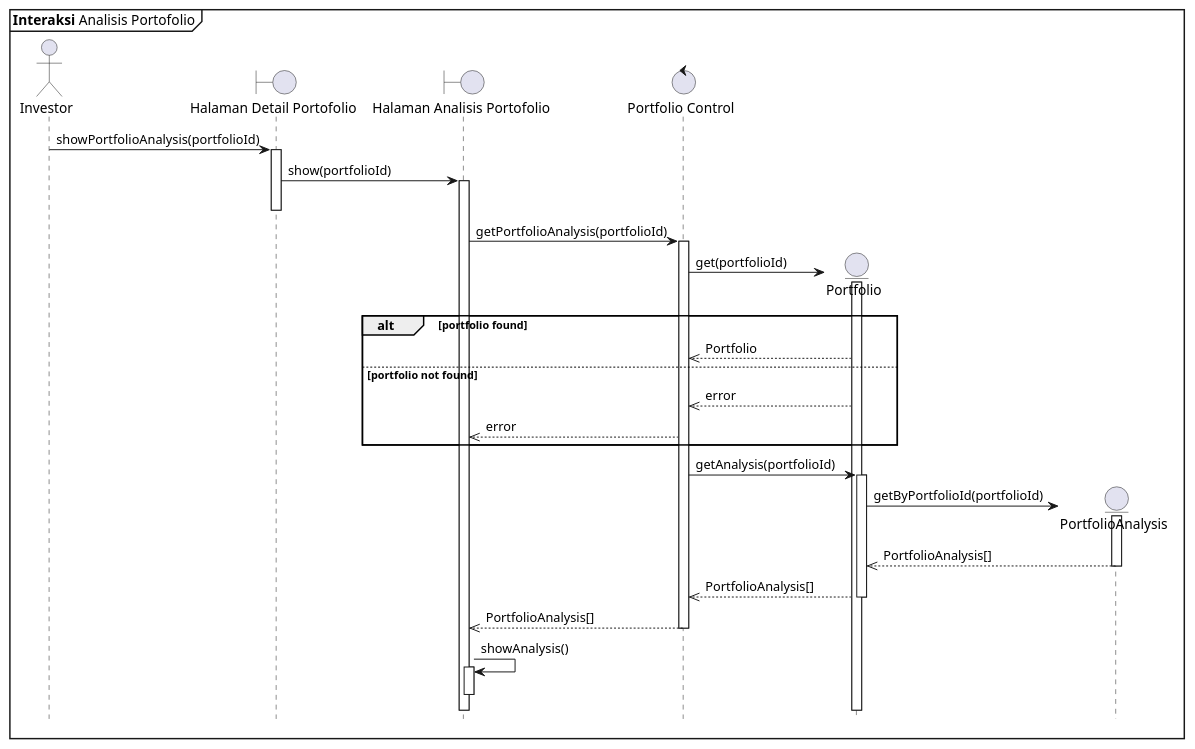
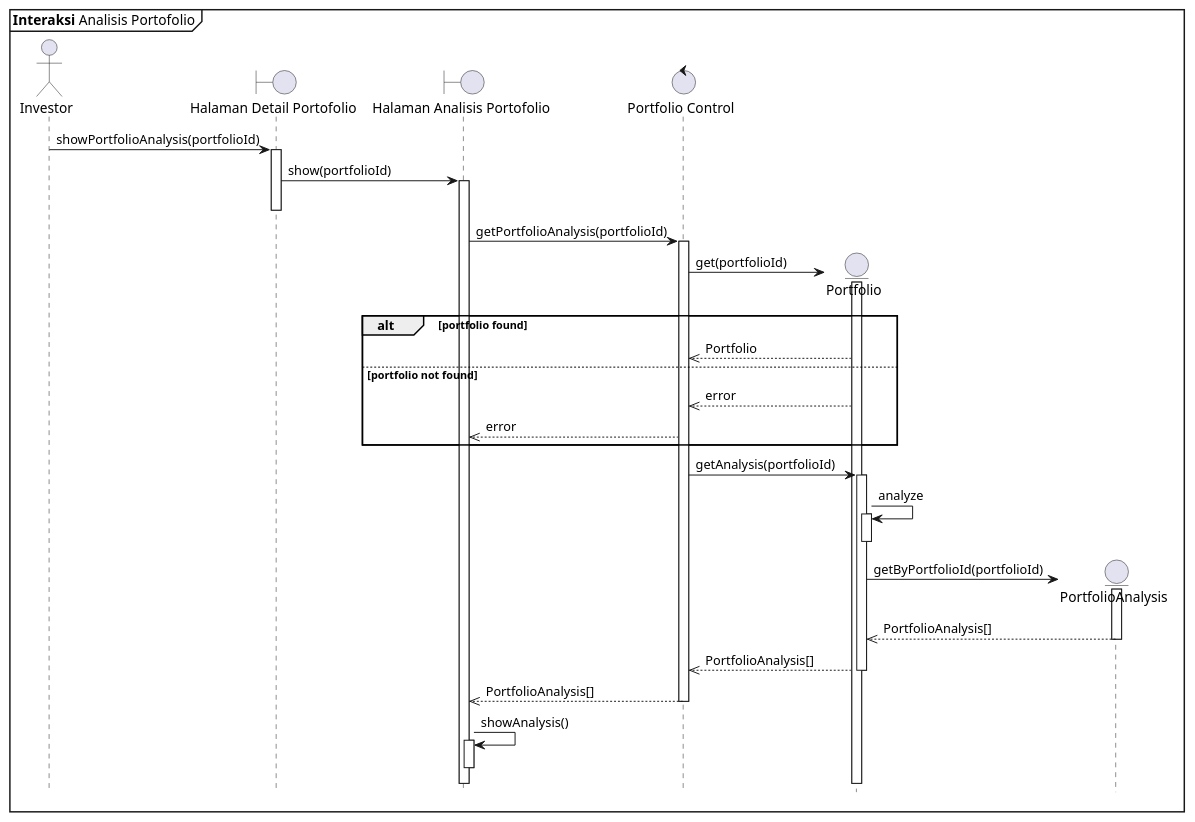
One commit to clarestarahma/manajemen-investasi changed the diagram in sequence/analisis-portofolio.puml. Above: the diagram before and after it, drawn with PlantUML. The commit also changed 4 other files, not shown here.

```diff
--- a/sequence/analisis-portofolio.puml
+++ b/sequence/analisis-portofolio.puml
@@ -1,56 +1,61 @@
 @startuml Sequence
 
 hide footbox
 
 mainframe **Interaksi** Analisis Portofolio
 
 actor Investor as I
 boundary "Halaman Detail Portofolio" as PDP
 boundary "Halaman Analisis Portofolio" as PAP
 control "Portfolio Control" as PC
 entity "Portfolio" as P
 entity "PortfolioAnalysis" as PA
 
 ' User initiates analysis from detail page
 I -> PDP : showPortfolioAnalysis(portfolioId)
 activate PDP
 
 PDP -> PAP : show(portfolioId)
 activate PAP
 deactivate PDP
 
 ' Control layer retrieves portfolio data
 PAP -> PC : getPortfolioAnalysis(portfolioId)
 activate PC
 
 PC -> P ** : get(portfolioId)
 activate P
 
 alt portfolio found
   P -->> PC : Portfolio
 else portfolio not found
   P -->> PC : error
   PC -->> PAP : error
 end
 
+
 ' Retrieve analysis data if portfolio retrieval succeeded
 PC -> P : getAnalysis(portfolioId)
 activate P
+
+P -> P : analyze
+activate P
+deactivate P
 
 P -> PA  ** : getByPortfolioId(portfolioId)
 activate PA
 
 PA -->> P : PortfolioAnalysis[]
 deactivate PA
 
 P -->> PC : PortfolioAnalysis[]
 deactivate P
 
 PC -->> PAP : PortfolioAnalysis[]
 deactivate PC
 
 PAP -> PAP : showAnalysis()
 activate PAP
 deactivate PAP
 
 @enduml
```
